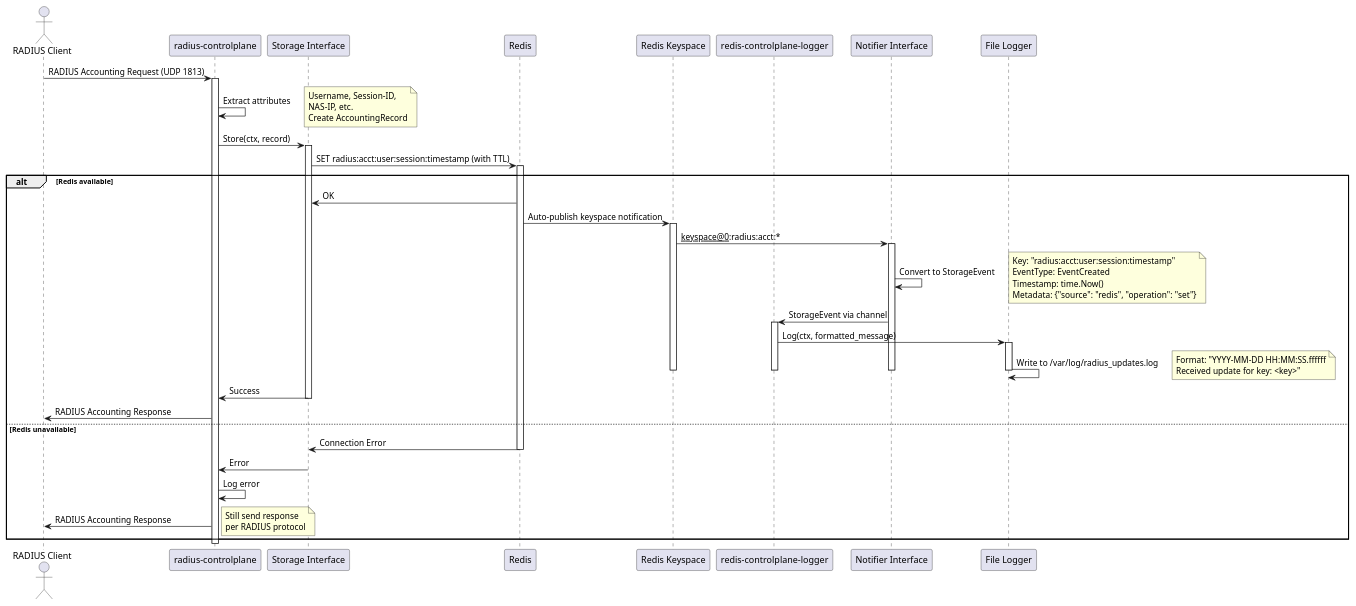
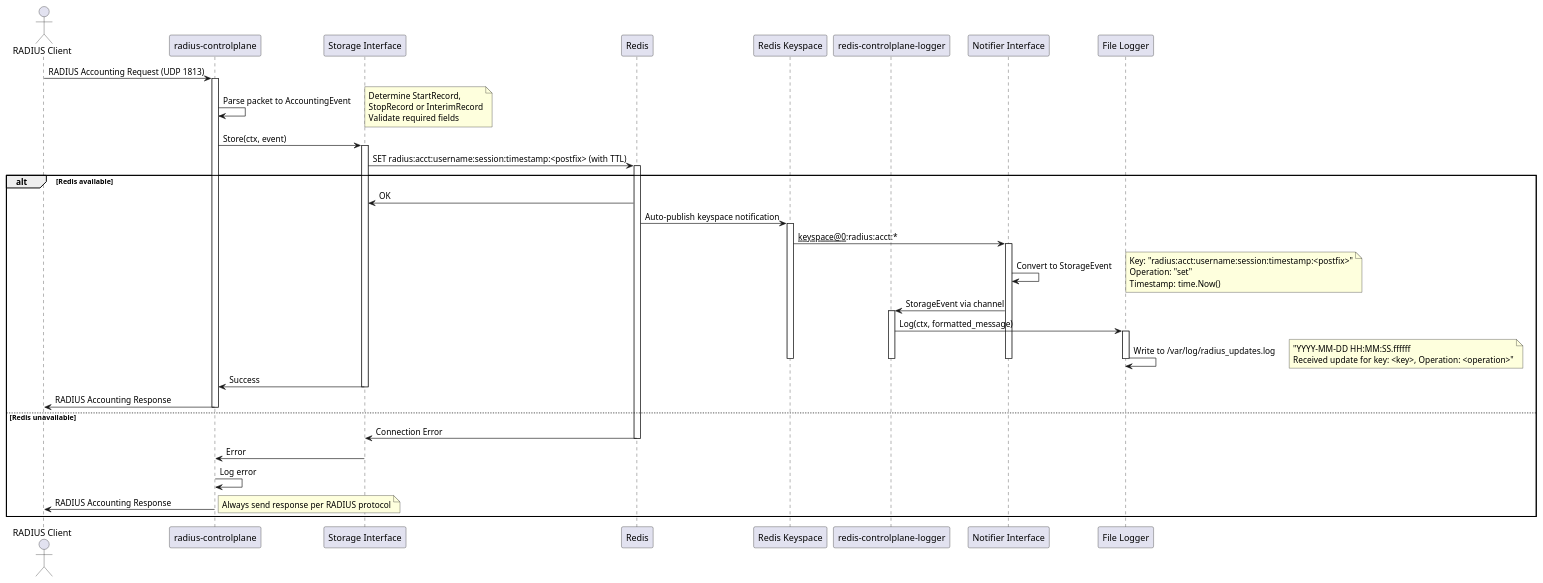
Before and after one commit to kal997/radius-accounting-server: the first of 3 diagrams in docs/diagrams/sequence.md, drawn with PlantUML. The commit also changed other lines of this file and 11 other files, not shown here.

Commit message:
Updates Architecture.md and the diagrams

````diff
--- a/docs/diagrams/sequence.md
+++ b/docs/diagrams/sequence.md
@@ -2,59 +2,55 @@
 ```plantuml
 @startuml sequence
+
 actor "RADIUS Client" as client
 participant "radius-controlplane" as radius
 participant "Storage Interface" as storage
 participant "Redis" as redis
 participant "Redis Keyspace" as keyspace
 participant "redis-controlplane-logger" as sub
 participant "Notifier Interface" as notifier
 participant "File Logger" as logger
 
-client -> radius: RADIUS Accounting Request (UDP 1813)
+client -> radius: RADIUS Accounting Request (UDP 1813)
 activate radius
-
-radius -> radius: Extract attributes
-note right: Username, Session-ID,\nNAS-IP, etc.\nCreate AccountingRecord
-
-radius -> storage: Store(ctx, record)
+radius -> radius: Parse packet to AccountingEvent
+note right: Determine StartRecord,\nStopRecord or InterimRecord\nValidate required fields
+radius -> storage: Store(ctx, event)
 activate storage
-
-storage -> redis: SET radius:acct:user:session:timestamp (with TTL)
+storage -> redis: SET radius:acct:username:session:timestamp:<postfix> (with TTL)
 activate redis
-
 alt Redis available
-    redis -> storage: OK
-    redis -> keyspace: Auto-publish keyspace notification
-    activate keyspace
-    keyspace -> notifier: __keyspace@0__:radius:acct:*
-    activate notifier
-    notifier -> notifier: Convert to StorageEvent
-    note right: Key: "radius:acct:user:session:timestamp"\nEventType: EventCreated\nTimestamp: time.Now()\nMetadata: {"source": "redis", "operation": "set"}
-    notifier -> sub: StorageEvent via channel
-    activate sub
-    sub -> logger: Log(ctx, formatted_message)
-    activate logger
-    logger -> logger: Write to /var/log/radius_updates.log
-    note right: Format: "YYYY-MM-DD HH:MM:SS.ffffff\nReceived update for key: <key>"
-    deactivate logger
-    deactivate sub
-    deactivate notifier
-    deactivate keyspace
-    
-    storage -> radius: Success
-    deactivate storage
-    radius -> client: RADIUS Accounting Response
-    
+  redis -> storage: OK
+  redis -> keyspace: Auto‑publish keyspace notification
+  activate keyspace
+  keyspace -> notifier: __keyspace@0__:radius:acct:*
+  activate notifier
+  notifier -> notifier: Convert to StorageEvent
+  note right: Key: "radius:acct:username:session:timestamp:<postfix>"\nOperation: "set"\nTimestamp: time.Now()
+  notifier -> sub: StorageEvent via channel
+  activate sub
+  sub -> logger: Log(ctx, formatted_message)
+  activate logger
+  logger -> logger: Write to /var/log/radius_updates.log
+  note right: "YYYY‑MM‑DD HH:MM:SS.ffffff\nReceived update for key: <key>, Operation: <operation>"
+  deactivate logger
+  deactivate sub
+  deactivate notifier
+  deactivate keyspace
+  storage -> radius: Success
+  deactivate storage
+  radius -> client: RADIUS Accounting Response
+  deactivate radius
 else Redis unavailable
-    redis -> storage: Connection Error
-    deactivate redis
-    storage -> radius: Error
-    deactivate storage
-    radius -> radius: Log error
-    radius -> client: RADIUS Accounting Response
-    note right: Still send response\nper RADIUS protocol
+  redis -> storage: Connection Error
+  deactivate redis
+  storage -> radius: Error
+  deactivate storage
+  radius -> radius: Log error
+  radius -> client: RADIUS Accounting Response
+  note right: Always send response per RADIUS protocol
+  deactivate radius
 end
 
-deactivate radius
 @enduml
 ```
````
